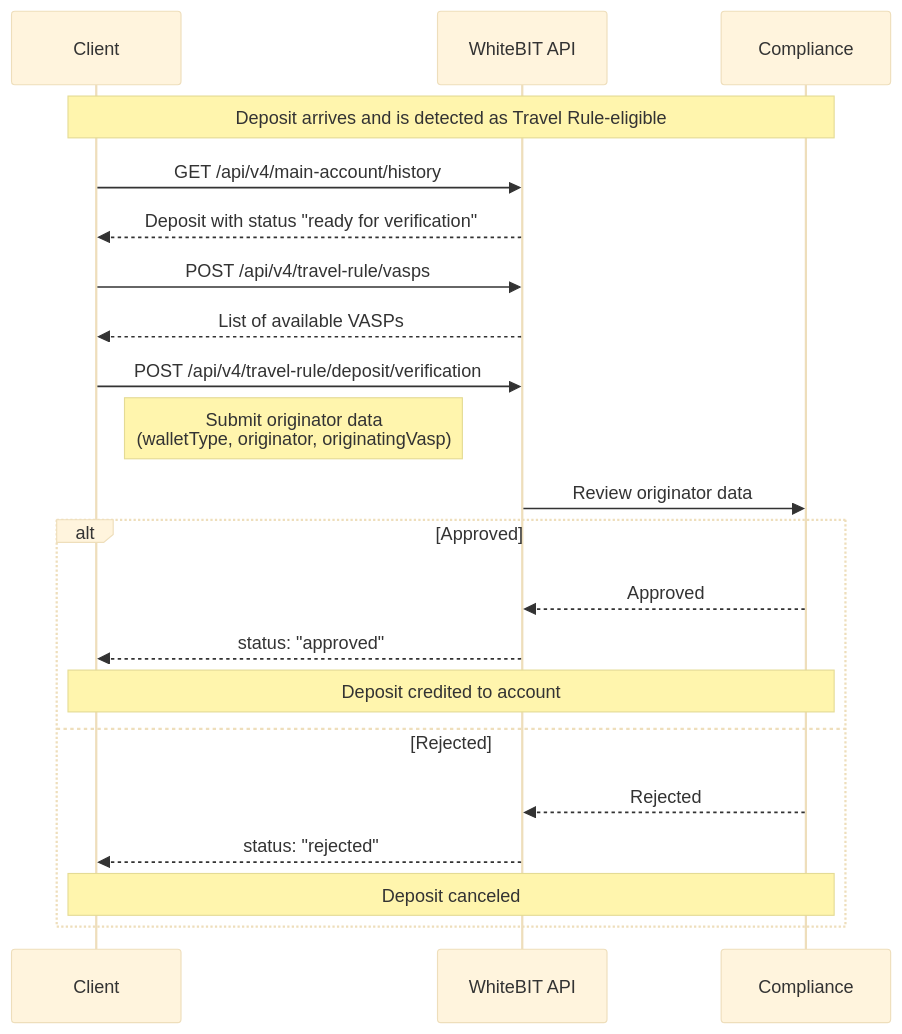
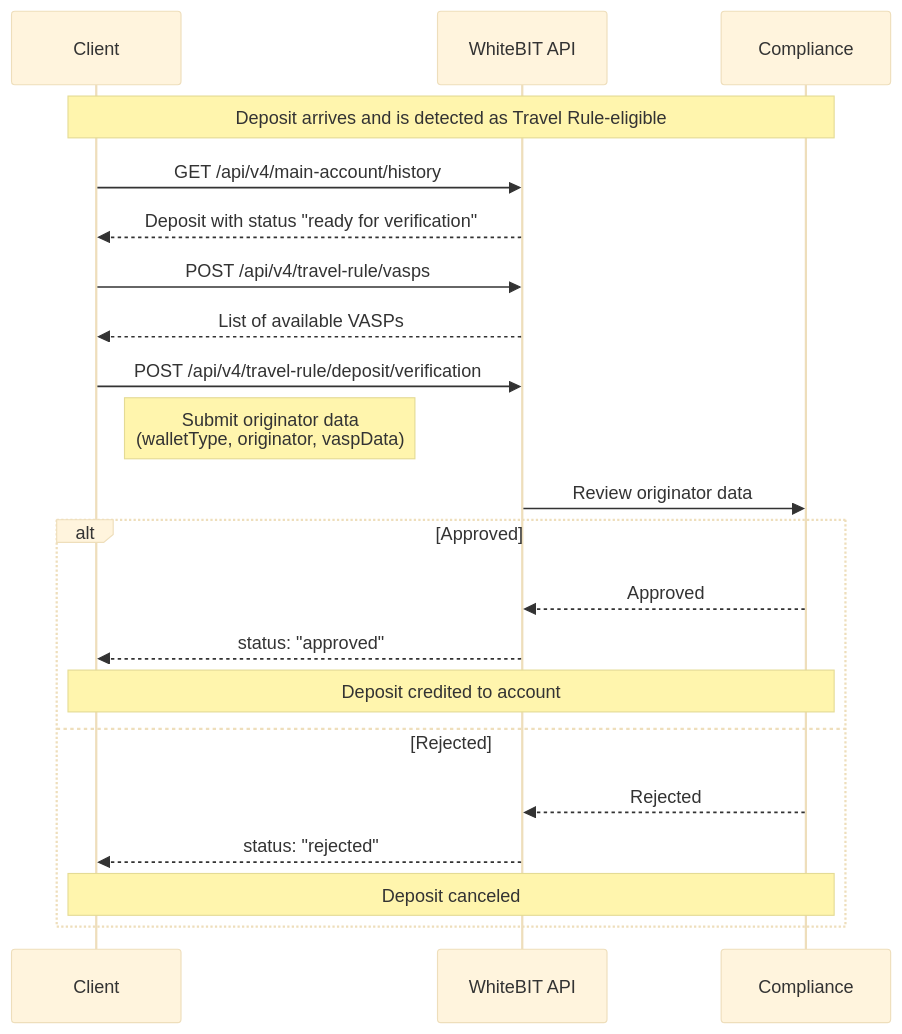
One commit to whitebit-exchange/docs changed the first of 2 diagrams in concepts/travel-rule.mdx. Above: the diagram before and after it, drawn with Mermaid (base theme). The commit also changed other lines of this file and 1 other file, not shown here.

Commit message:
CEX-6284: Rename the field vasp/originatingVasp to vaspData

````diff
--- a/concepts/travel-rule.mdx
+++ b/concepts/travel-rule.mdx
@@ -70,28 +70,28 @@
 ```mermaid
 sequenceDiagram
     participant Client
     participant WhiteBIT API
     participant Compliance
 
     Note over Client,Compliance: Deposit arrives and is detected as Travel Rule-eligible
 
     Client->>WhiteBIT API: GET /api/v4/main-account/history
     WhiteBIT API-->>Client: Deposit with status "ready for verification"
 
     Client->>WhiteBIT API: POST /api/v4/travel-rule/vasps
     WhiteBIT API-->>Client: List of available VASPs
 
     Client->>WhiteBIT API: POST /api/v4/travel-rule/deposit/verification
-    Note right of Client: Submit originator data<br/>(walletType, originator, originatingVasp)
+    Note right of Client: Submit originator data<br/>(walletType, originator, vaspData)
     WhiteBIT API->>Compliance: Review originator data
 
     alt Approved
         Compliance-->>WhiteBIT API: Approved
         WhiteBIT API-->>Client: status: "approved"
         Note over Client,Compliance: Deposit credited to account
     else Rejected
         Compliance-->>WhiteBIT API: Rejected
         WhiteBIT API-->>Client: status: "rejected"
         Note over Client,Compliance: Deposit canceled
     end
 ```
````
